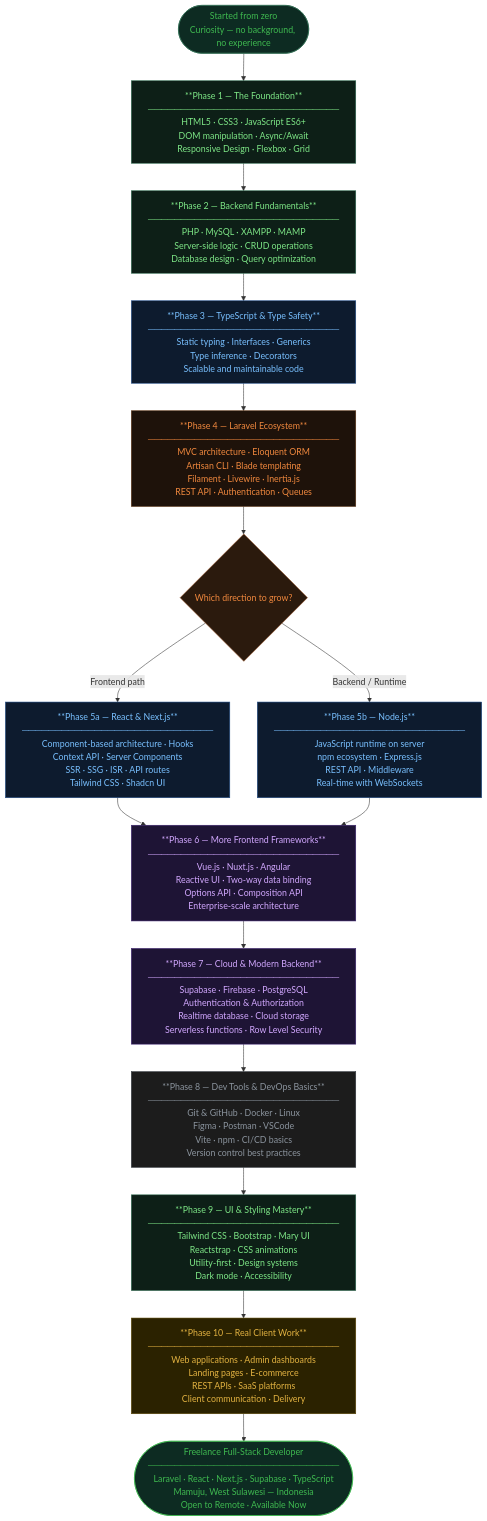
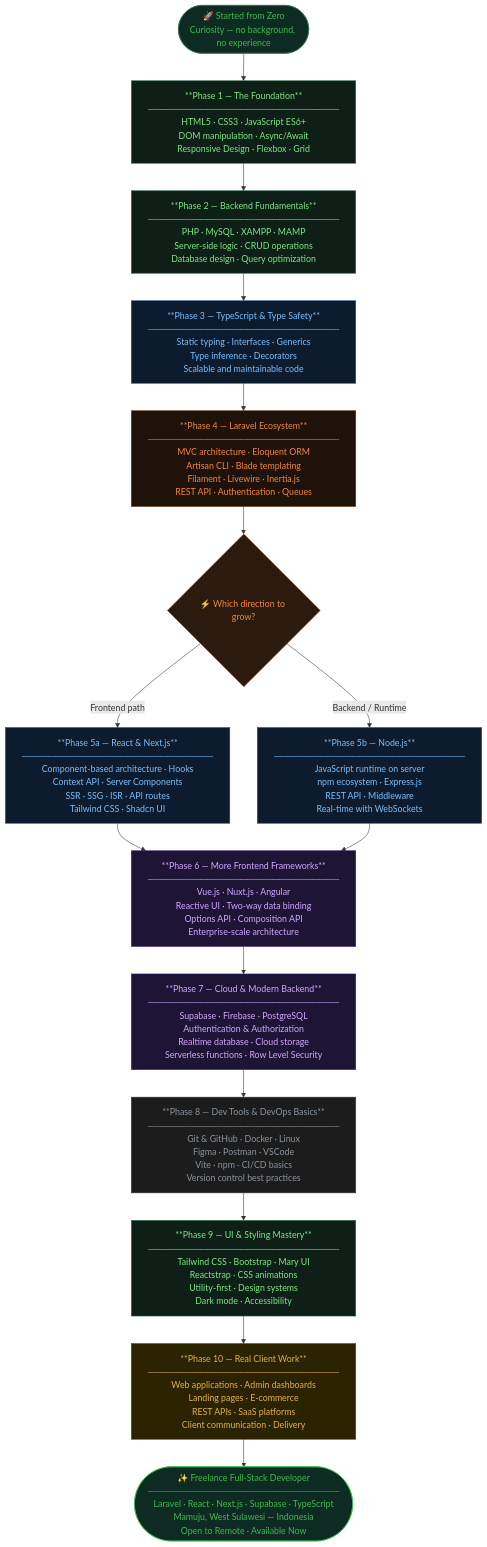
The diagram in README.md (royandixix/royandixix), drawn with Mermaid before and after one commit. The commit also changed other lines of this file, not shown here.

````diff
--- a/README.md
+++ b/README.md
@@ -54,60 +80,60 @@
 ```mermaid
 flowchart TD
-    START([" Started from zero\nCuriosity — no background, no experience"])
+    START([" 🚀 Started from Zero\nCuriosity — no background, no experience"])
     START --> P1
 
     P1["**Phase 1 — The Foundation**\n─────────────────────────────\nHTML5 · CSS3 · JavaScript ES6+\nDOM manipulation · Async/Await\nResponsive Design · Flexbox · Grid"]
     P1 --> P2
 
     P2["**Phase 2 — Backend Fundamentals**\n─────────────────────────────\nPHP · MySQL · XAMPP · MAMP\nServer-side logic · CRUD operations\nDatabase design · Query optimization"]
     P2 --> P3
 
     P3["**Phase 3 — TypeScript & Type Safety**\n─────────────────────────────\nStatic typing · Interfaces · Generics\nType inference · Decorators\nScalable and maintainable code"]
     P3 --> P4
 
     P4["**Phase 4 — Laravel Ecosystem**\n─────────────────────────────\nMVC architecture · Eloquent ORM\nArtisan CLI · Blade templating\nFilament · Livewire · Inertia.js\nREST API · Authentication · Queues"]
     P4 --> FORK
 
-    FORK{"Which direction to grow?"}
+    FORK{"⚡ Which direction to grow?"}
     FORK -->|"Frontend path"| P5A
     FORK -->|"Backend / Runtime"| P5B
 
     P5A["**Phase 5a — React & Next.js**\n─────────────────────────────\nComponent-based architecture · Hooks\nContext API · Server Components\nSSR · SSG · ISR · API routes\nTailwind CSS · Shadcn UI"]
 
     P5B["**Phase 5b — Node.js**\n─────────────────────────────\nJavaScript runtime on server\nnpm ecosystem · Express.js\nREST API · Middleware\nReal-time with WebSockets"]
 
     P5A --> P6
     P5B --> P6
 
     P6["**Phase 6 — More Frontend Frameworks**\n─────────────────────────────\nVue.js · Nuxt.js · Angular\nReactive UI · Two-way data binding\nOptions API · Composition API\nEnterprise-scale architecture"]
     P6 --> P7
 
     P7["**Phase 7 — Cloud & Modern Backend**\n─────────────────────────────\nSupabase · Firebase · PostgreSQL\nAuthentication & Authorization\nRealtime database · Cloud storage\nServerless functions · Row Level Security"]
     P7 --> P8
 
     P8["**Phase 8 — Dev Tools & DevOps Basics**\n─────────────────────────────\nGit & GitHub · Docker · Linux\nFigma · Postman · VSCode\nVite · npm · CI/CD basics\nVersion control best practices"]
     P8 --> P9
 
     P9["**Phase 9 — UI & Styling Mastery**\n─────────────────────────────\nTailwind CSS · Bootstrap · Mary UI\nReactstrap · CSS animations\nUtility-first · Design systems\nDark mode · Accessibility"]
     P9 --> P10
 
     P10["**Phase 10 — Real Client Work**\n─────────────────────────────\nWeb applications · Admin dashboards\nLanding pages · E-commerce\nREST APIs · SaaS platforms\nClient communication · Delivery"]
     P10 --> FINAL
 
-    FINAL(["Freelance Full-Stack Developer\n─────────────────────────────\nLaravel · React · Next.js · Supabase · TypeScript\nMamuju, West Sulawesi — Indonesia\nOpen to Remote · Available Now"])
+    FINAL(["✨ Freelance Full-Stack Developer\n─────────────────────────────\nLaravel · React · Next.js · Supabase · TypeScript\nMamuju, West Sulawesi — Indonesia\nOpen to Remote · Available Now"])
 
     style START fill:#0d2b22,stroke:#2d6a4f,color:#3fb950
     style FINAL fill:#0d2b22,stroke:#3fb950,color:#3fb950
     style FORK  fill:#2b1a0d,stroke:#995224,color:#f0883e
     style P1    fill:#0d1f17,stroke:#2d6a4f,color:#7ee787
     style P2    fill:#0d1f17,stroke:#2d6a4f,color:#7ee787
     style P3    fill:#0d1b2e,stroke:#1f4d8a,color:#79c0ff
     style P4    fill:#1e120a,stroke:#5a3010,color:#f0883e
     style P5A   fill:#0d1b2e,stroke:#1f4d8a,color:#79c0ff
     style P5B   fill:#0d1b2e,stroke:#1f4d8a,color:#79c0ff
     style P6    fill:#1e1435,stroke:#3a1f6e,color:#d2a8ff
     style P7    fill:#1e1435,stroke:#3a1f6e,color:#d2a8ff
     style P8    fill:#1c1c1c,stroke:#30363d,color:#8b949e
     style P9    fill:#0d1f17,stroke:#2d6a4f,color:#7ee787
     style P10   fill:#2b2200,stroke:#5a4500,color:#e3b341
 ```
````
